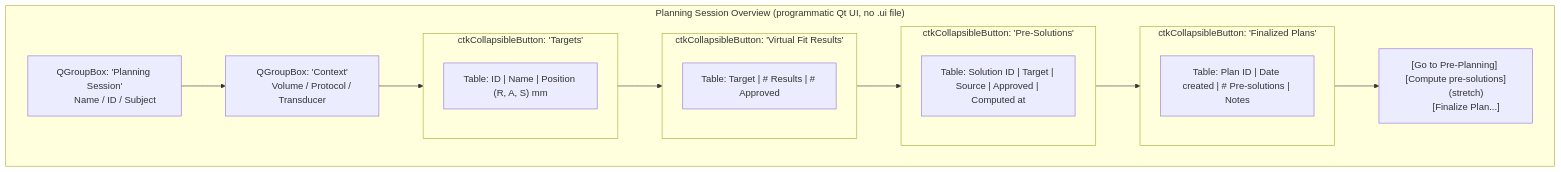
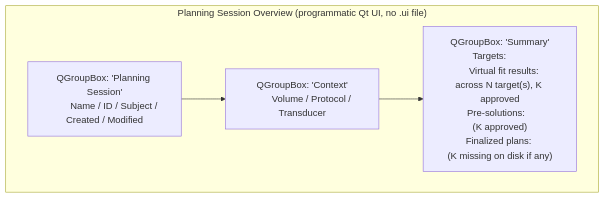
Before and after one commit to OpenwaterHealth/SlicerOpenLIFU: the diagram in docs/pages/planning-session-overview.md, drawn with Mermaid. The commit also changed other lines of this file and 9 other files, not shown here.

````diff
--- a/docs/pages/planning-session-overview.md
+++ b/docs/pages/planning-session-overview.md
@@ -30,31 +26,15 @@
 ```mermaid
 flowchart TB
     subgraph PSO["Planning Session Overview (programmatic Qt UI, no .ui file)"]
       HEAD["QGroupBox: 'Planning Session'
-        Name / ID / Subject"]
+        Name / ID / Subject / Created / Modified"]
       CTX["QGroupBox: 'Context'
         Volume / Protocol / Transducer"]
-
-      subgraph TGT["ctkCollapsibleButton: 'Targets'"]
-        TGT_T["Table: ID | Name | Position (R, A, S) mm"]
-      end
-
-      subgraph VF["ctkCollapsibleButton: 'Virtual Fit Results'"]
-        VF_T["Table: Target | # Results | # Approved"]
-      end
-
-      subgraph PS["ctkCollapsibleButton: 'Pre-Solutions'"]
-        PS_T["Table: Solution ID | Target | Source | Approved | Computed at"]
-      end
-
-      subgraph FP["ctkCollapsibleButton: 'Finalized Plans'"]
-        FP_T["Table: Plan ID | Date created | # Pre-solutions | Notes"]
-      end
-
-      BTNS["[Go to Pre-Planning] [Compute pre-solutions]
-        (stretch)
-        [Finalize Plan...]"]
-
-      HEAD --> CTX --> TGT --> VF --> PS --> FP --> BTNS
+      SUM["QGroupBox: 'Summary'
+        Targets:                <count>
+        Virtual fit results:    <count> across N target(s), K approved
+        Pre-solutions:          <count> (K approved)
+        Finalized plans:        <count> (K missing on disk if any)"]
+      HEAD --> CTX --> SUM
     end
 ```
````
